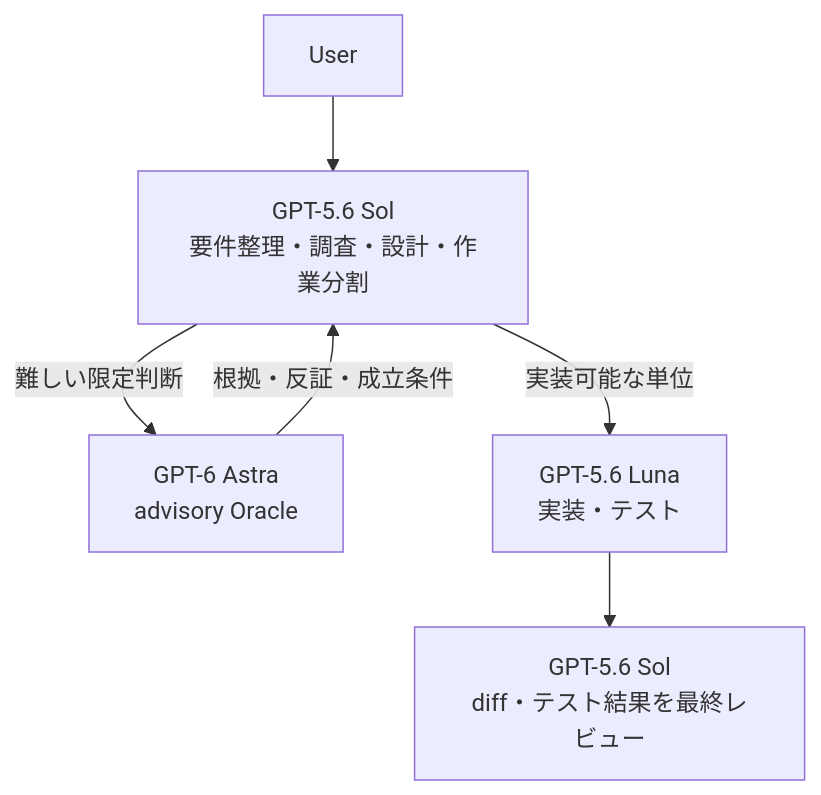
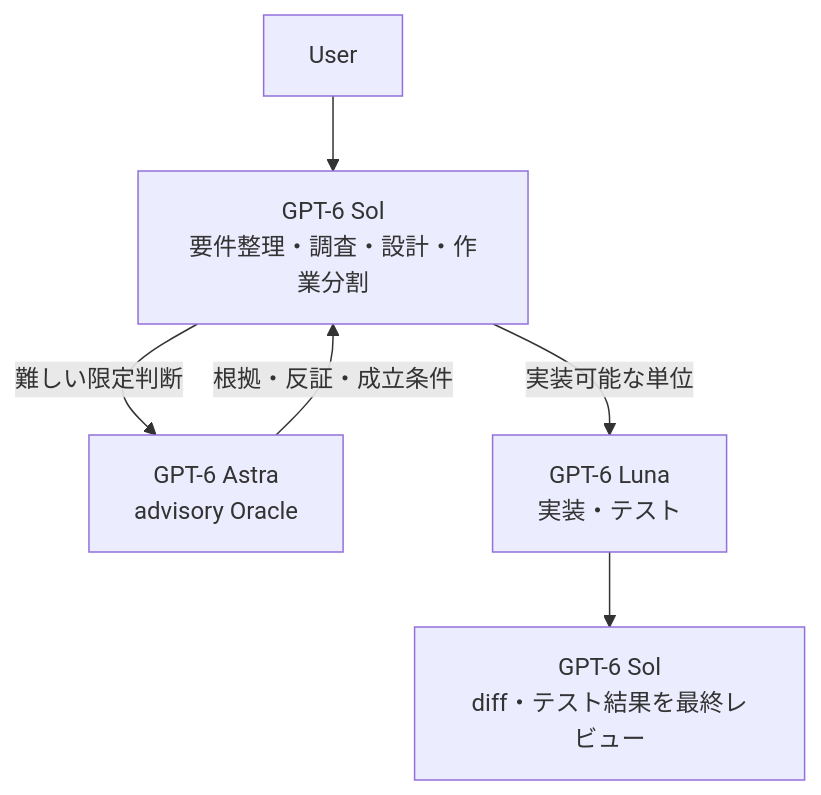
Before and after one commit to whitedoll99/codex-exosphere: the first of 3 diagrams in README.md, drawn with Mermaid. The commit also changed other lines of this file and 7 other files, not shown here.

Commit message:
feat: route Sol and Luna through GPT-6

````diff
--- a/README.md
+++ b/README.md
@@ -22,8 +22,8 @@
 ```mermaid
 flowchart TD
-    U["User"] --> S1["GPT-5.6 Sol<br/>要件整理・調査・設計・作業分割"]
+    U["User"] --> S1["GPT-6 Sol<br/>要件整理・調査・設計・作業分割"]
     S1 -->|"難しい限定判断"| A["GPT-6 Astra<br/>advisory Oracle"]
     A -->|"根拠・反証・成立条件"| S1
-    S1 -->|"実装可能な単位"| L["GPT-5.6 Luna<br/>実装・テスト"]
-    L --> S2["GPT-5.6 Sol<br/>diff・テスト結果を最終レビュー"]
+    S1 -->|"実装可能な単位"| L["GPT-6 Luna<br/>実装・テスト"]
+    L --> S2["GPT-6 Sol<br/>diff・テスト結果を最終レビュー"]
 ```
````
